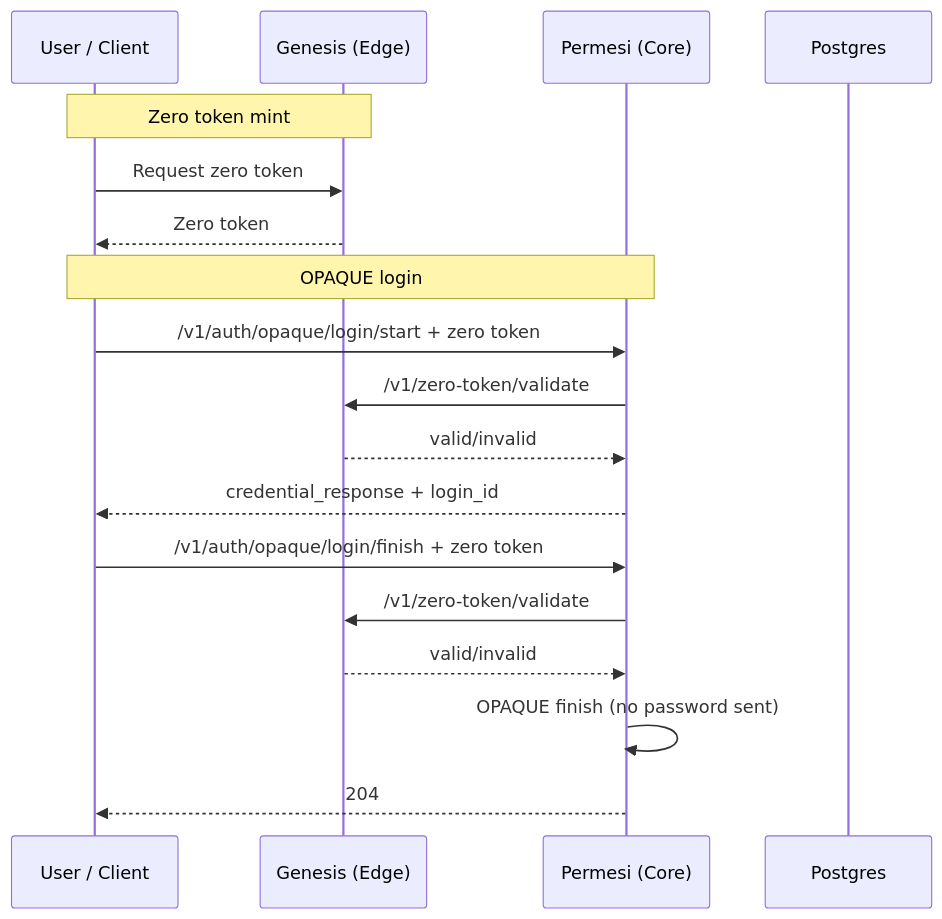
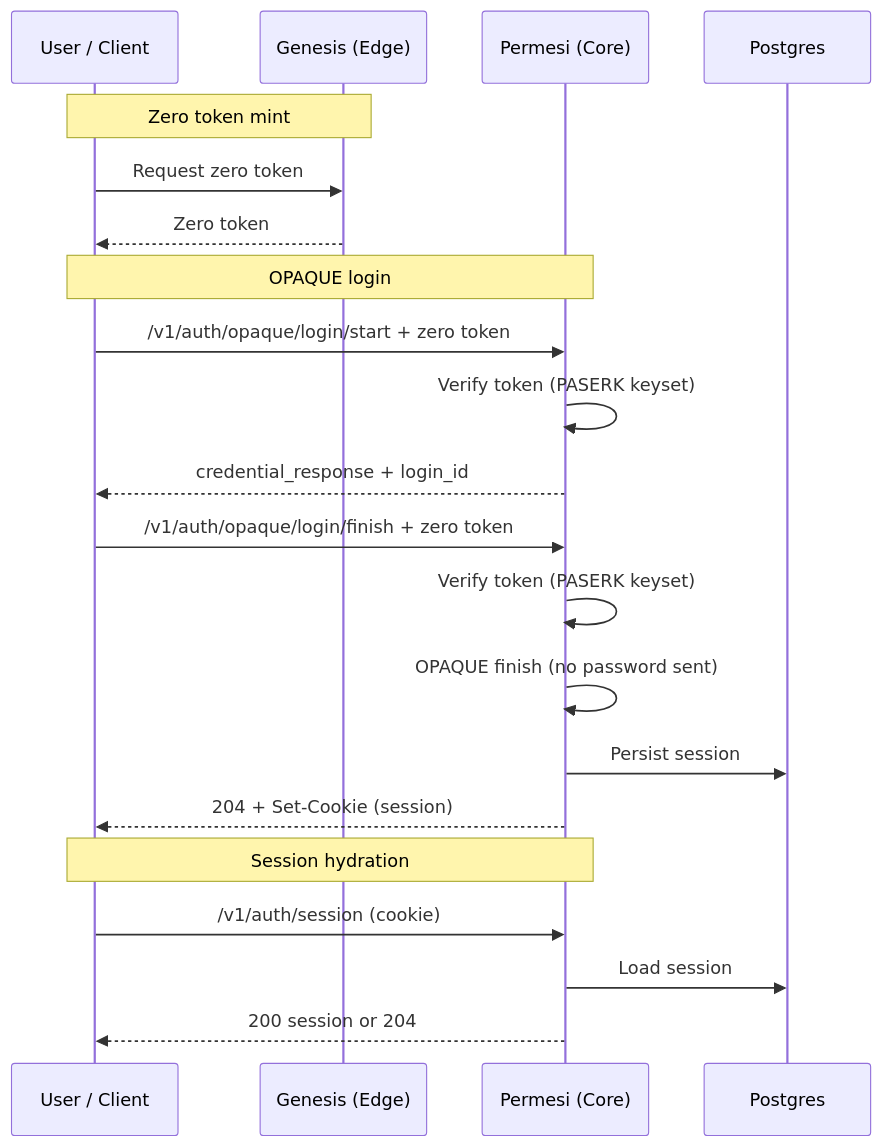
Before and after one commit to permesi/permesi: the second of 2 diagrams in README.md, drawn with Mermaid. The commit also changed other lines of this file and 92 other files, not shown here.

````diff
--- a/README.md
+++ b/README.md
@@ -107,23 +107,27 @@
 ```mermaid
 sequenceDiagram
     participant U as User / Client
     participant G as Genesis (Edge)
     participant P as Permesi (Core)
     participant DB as Postgres
 
     Note over U, G: Zero token mint
     U->>G: Request zero token
     G-->>U: Zero token
 
     Note over U, P: OPAQUE login
     U->>P: /v1/auth/opaque/login/start + zero token
-    P->>G: /v1/zero-token/validate
-    G-->>P: valid/invalid
+    P->>P: Verify token (PASERK keyset)
     P-->>U: credential_response + login_id
 
     U->>P: /v1/auth/opaque/login/finish + zero token
-    P->>G: /v1/zero-token/validate
-    G-->>P: valid/invalid
+    P->>P: Verify token (PASERK keyset)
     P->>P: OPAQUE finish (no password sent)
-    P-->>U: 204
+    P->>DB: Persist session
+    P-->>U: 204 + Set-Cookie (session)
+
+    Note over U, P: Session hydration
+    U->>P: /v1/auth/session (cookie)
+    P->>DB: Load session
+    P-->>U: 200 session or 204
 ```
````
